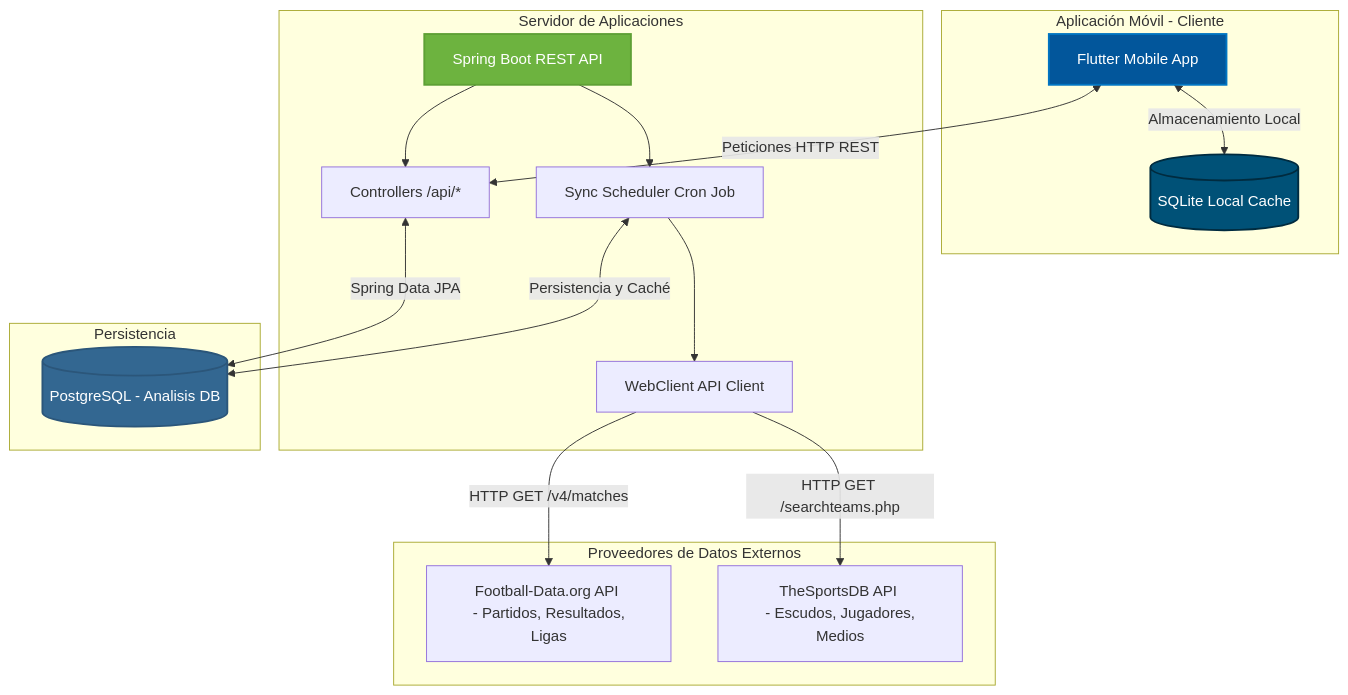
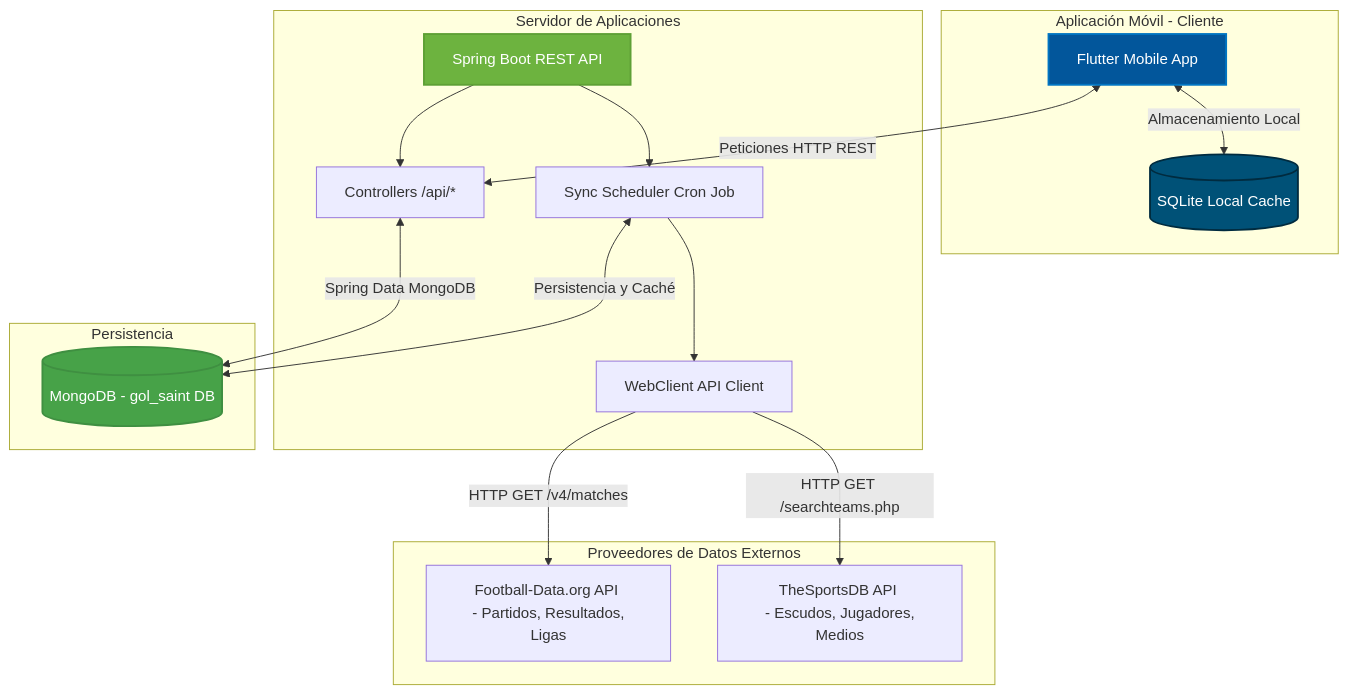
Before and after one commit to andresrubiel123/Trabajo: the diagram in README.md, drawn with Mermaid. The commit also changed other lines of this file and 119 other files, not shown here.

````diff
--- a/README.md
+++ b/README.md
@@ -11,45 +11,45 @@
 ```mermaid
 graph TD
     %% Frontend Layer
     subgraph Frontend [Aplicación Móvil - Cliente]
         Flutter[Flutter Mobile App]
         Sqflite[(SQLite Local Cache)]
         Flutter <-->|Almacenamiento Local| Sqflite
     end
 
     %% Backend Layer
     subgraph Backend [Servidor de Aplicaciones]
         SpringBoot[Spring Boot REST API]
         Controller[Controllers /api/*]
         SyncService[Sync Scheduler Cron Job]
         WebClient[WebClient API Client]
         
         SpringBoot --> Controller
         SpringBoot --> SyncService
         SyncService --> WebClient
     end
 
     %% Database Layer
     subgraph Database [Persistencia]
-        PostgreSQL[(PostgreSQL - Analisis DB)]
+        MongoDB[(MongoDB - gol_saint DB)]
     end
 
     %% External APIs Layer
     subgraph ExternalAPIs [Proveedores de Datos Externos]
         FootballData[Football-Data.org API <br> - Partidos, Resultados, Ligas]
         TheSportsDB[TheSportsDB API <br> - Escudos, Jugadores, Medios]
     end
 
     %% Connections
     Flutter <-->|Peticiones HTTP REST| Controller
-    Controller <-->|Spring Data JPA| PostgreSQL
-    SyncService <-->|Persistencia y Caché| PostgreSQL
+    Controller <-->|Spring Data MongoDB| MongoDB
+    SyncService <-->|Persistencia y Caché| MongoDB
     WebClient -->|HTTP GET /v4/matches| FootballData
     WebClient -->|HTTP GET /searchteams.php| TheSportsDB
 
     %% Style
     style Flutter fill:#02569B,stroke:#0175C2,stroke-width:2px,color:#fff
     style SpringBoot fill:#6DB33F,stroke:#5ea035,stroke-width:2px,color:#fff
-    style PostgreSQL fill:#336791,stroke:#2b567a,stroke-width:2px,color:#fff
+    style MongoDB fill:#47A248,stroke:#3F8F41,stroke-width:2px,color:#fff
     style Sqflite fill:#005177,stroke:#002b3f,stroke-width:2px,color:#fff
 ```
````
